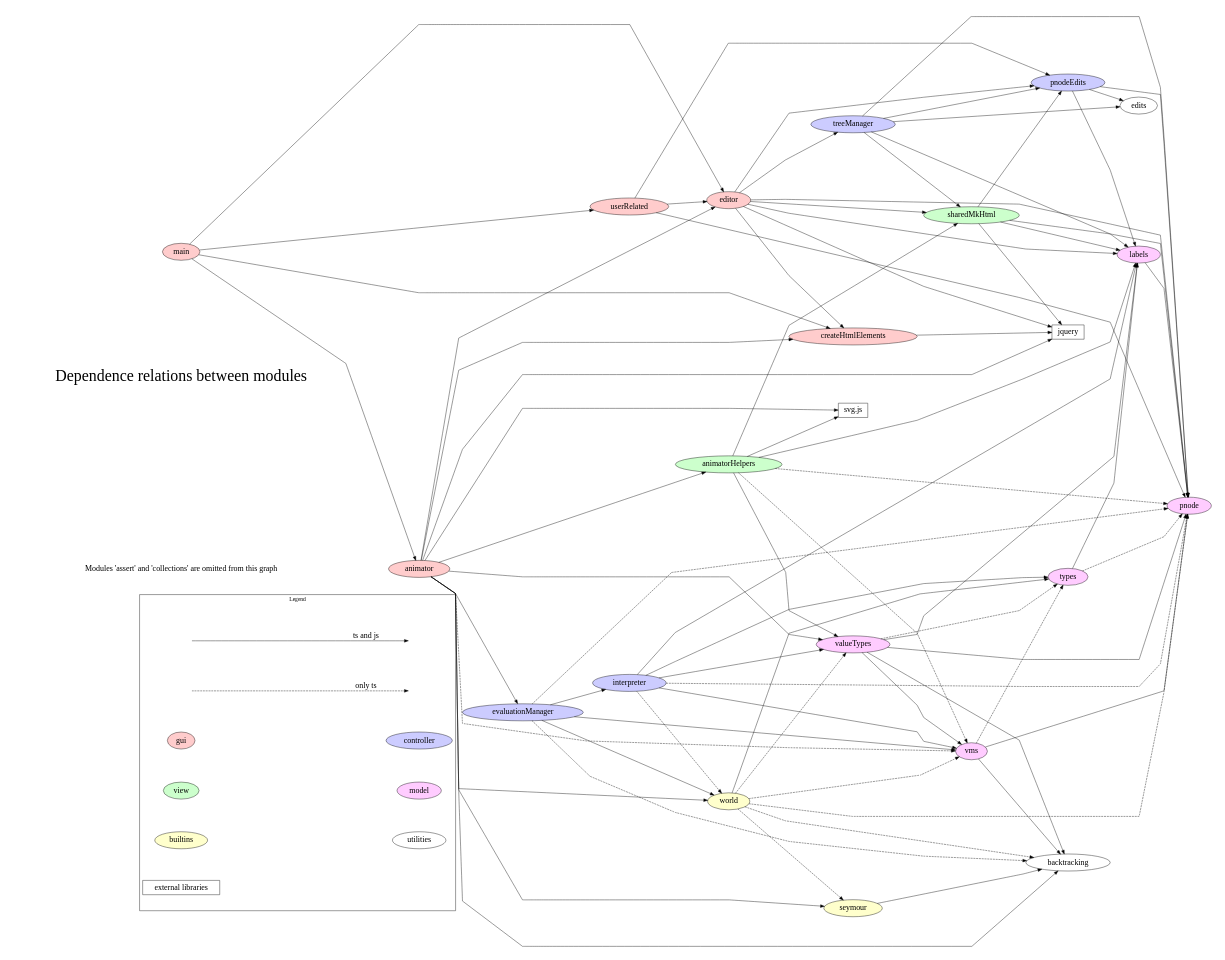
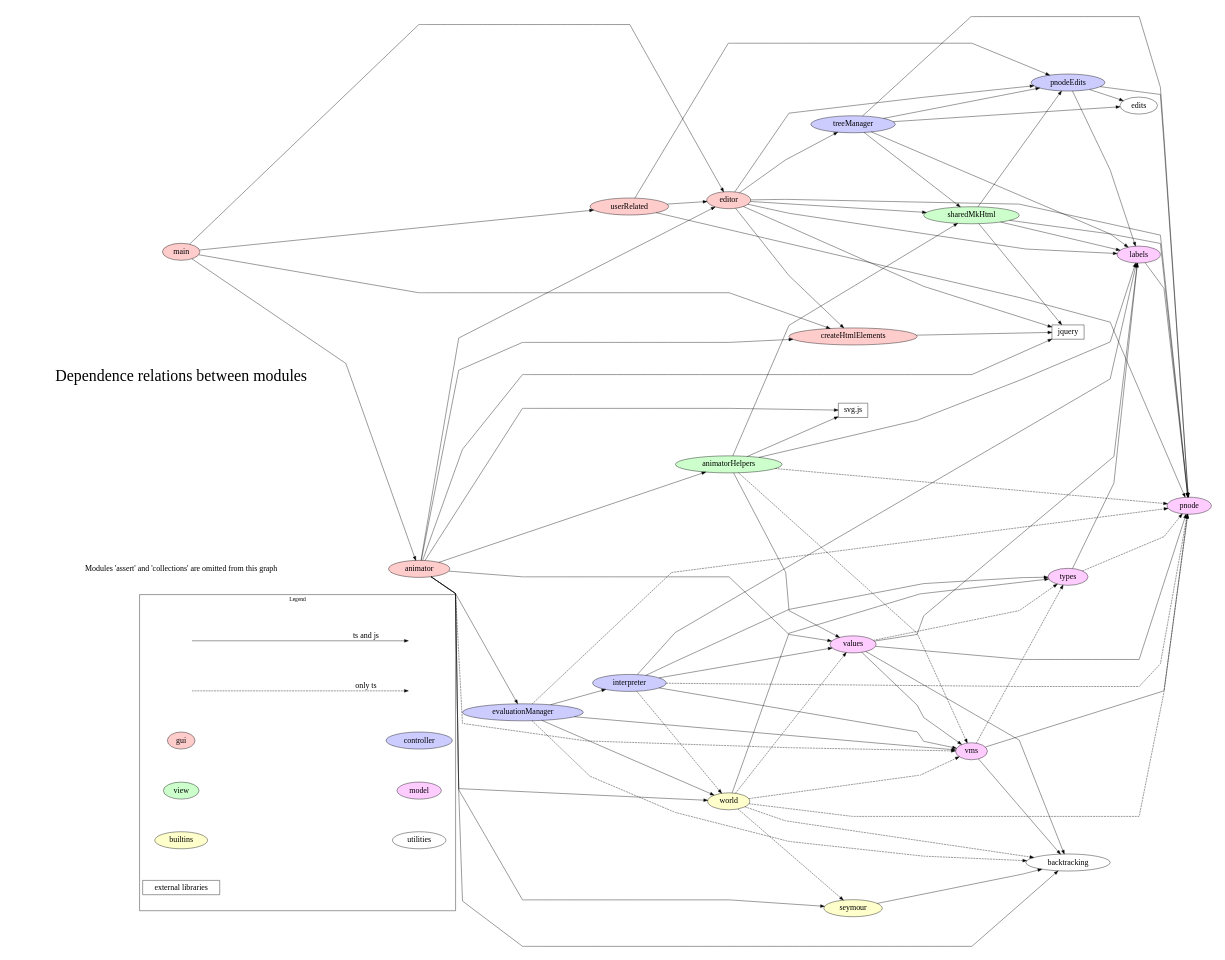
Before and after one commit to theodore-norvell/PLAAY: the diagram in typescriptSrc/dependence.gv, drawn with Graphviz. The commit also changed 11 other files, not shown here.

Commit message:
Rename valueTypes --> values and animationHelpers --> animationView

```diff
--- a/typescriptSrc/dependence.gv
+++ b/typescriptSrc/dependence.gv
@@ -1,157 +1,157 @@
 
 digraph Depends {
     size="9,6.5" ;
     splines="polyline" ;
     nodesep=0.2 ;
     ranksep=0.2 ;
    ratio=fill;
    rankdir = LR ;
    node[fontsize=20];
 
    subgraph cluster1 {
         label = "Legend" ;
         shape=rectangle ;
         color = black ;
         a [style=invis];
         b [style=invis] ;
         c [style=invis] ;
         d [style=invis] ;
         c -> d [label="only ts", style=dashed, fontsize=20] ; 
         a -> b [label="ts and js", fontsize=20] ;
         gui -> controller [style=invis] ;
         view -> model [style=invis] ;
         builtins -> utilities [style=invis] ;
 
         gui [style=filled, fillcolor="#ffcccc"] ;
         controller [style=filled, fillcolor="#ccccff"] ;
         view [style=filled, fillcolor="#ccffcc"] ;
         model [style=filled, fillcolor="#ffccff"] ;
         builtins [style=filled, fillcolor="#ffffcc"] ;
         utilities ;
         "external libraries" [shape=rectangle] ;
     }
 
    utils [label="Modules 'assert' and 'collections' are omitted from this graph",
               shape=none] ;
    caption [ label="Dependence relations between modules", fontsize=40,
               shape=none] ;
 
     main [style=filled, fillcolor="#ffcccc"] ;
     editor [style=filled, fillcolor="#ffcccc"] ;
     animator [style=filled, fillcolor="#ffcccc"] ;
     createHtmlElements [style=filled, fillcolor="#ffcccc"] ;
     userRelated [style=filled, fillcolor="#ffcccc" ] ;
     
     evaluationManager [style=filled, fillcolor="#ccccff"] ;
     interpreter [style=filled, fillcolor="#ccccff"] ;
     treeManager [style=filled, fillcolor="#ccccff"] ;
     pnodeEdits [style=filled, fillcolor="#ccccff"] ;
     
     sharedMkHtml [style=filled, fillcolor="#ccffcc"] ;
     animatorHelpers [style=filled, fillcolor="#ccffcc"] ;
 
     vms [style=filled, fillcolor="#ffccff"] ;
-    valueTypes [style=filled, fillcolor="#ffccff"] ;
+    values [style=filled, fillcolor="#ffccff"] ;
     types [style=filled, fillcolor="#ffccff"] ;
     labels [style=filled, fillcolor="#ffccff"] ;
     pnode [style=filled, fillcolor="#ffccff"] ;
 
     world [style=filled, fillcolor="#ffffcc"] ;
     seymour [style=filled, fillcolor="#ffffcc"] ;
     
    animator -> animatorHelpers  ;
    animator -> backtracking ;
    animator -> createHtmlElements ;
    animator -> editor ;
    animator -> evaluationManager ;
    animator -> seymour ;
-   animator -> valueTypes ;
+   animator -> values ;
    animator -> world ;
    animator -> vms [style=dashed] ;
    animator -> svg ;
    animator -> jquery ;
 
    animatorHelpers -> labels ;
    animatorHelpers -> pnode [style=dashed] ;
    animatorHelpers -> sharedMkHtml ;
-   animatorHelpers -> valueTypes ;
+   animatorHelpers -> values ;
    animatorHelpers -> vms [style=dashed];
    animatorHelpers -> svg ;
    
    createHtmlElements -> jquery ;
 
    editor -> createHtmlElements ;
    editor -> labels ;
    editor -> pnode  ;
    editor -> pnodeEdits ;
    editor -> sharedMkHtml ;
    editor -> treeManager ;
    editor -> jquery ;
 
    evaluationManager -> backtracking  [style=dashed];
    evaluationManager -> interpreter ;
    evaluationManager -> pnode  [style=dashed];
    evaluationManager -> vms ;
    evaluationManager -> world ;
 
    interpreter -> labels ;
    interpreter -> pnode  [style=dashed];
    interpreter -> types ;
-   interpreter -> valueTypes ;
+   interpreter -> values ;
    interpreter -> vms ;
    interpreter -> world  [style=dashed];
 
     jquery [shape=rectangle]
     
    labels -> pnode ;
 
    main -> animator ;
    main -> createHtmlElements ;
    main -> editor ;
    main -> userRelated ;
 
    pnodeEdits -> edits ;
    pnodeEdits -> pnode ;
    pnodeEdits -> labels ;
    
    types -> pnode [style=dashed];
    types -> labels ;
 
    seymour -> backtracking ;
 
    sharedMkHtml -> labels ;
    sharedMkHtml -> pnode ;
    sharedMkHtml -> pnodeEdits ;
    sharedMkHtml -> jquery ;
 
    svg [label="svg.js", shape=rectangle] ;
 
    treeManager -> edits ;
    treeManager -> labels ;
    treeManager -> pnode ;
    treeManager -> pnodeEdits ;
    treeManager -> sharedMkHtml ;
 
    userRelated -> editor ;
    userRelated -> pnodeEdits ;
    userRelated -> pnode ;
    
-   valueTypes -> backtracking ;
-   valueTypes -> labels ;
-   valueTypes -> pnode ;
-   valueTypes -> types  [style=dashed];
-   valueTypes -> vms ;
+   values -> backtracking ;
+   values -> labels ;
+   values -> pnode ;
+   values -> types  [style=dashed];
+   values -> vms ;
 
    
    vms -> backtracking
    vms -> pnode ;
    vms -> types  [style=dashed];
 
    world -> backtracking  [style=dashed];
    world -> pnode  [style=dashed];
    world -> seymour  [style=dashed];
    world -> types ;
-   world -> valueTypes  [style=dashed];
+   world -> values  [style=dashed];
    world -> vms  [style=dashed];
    
 }
```
